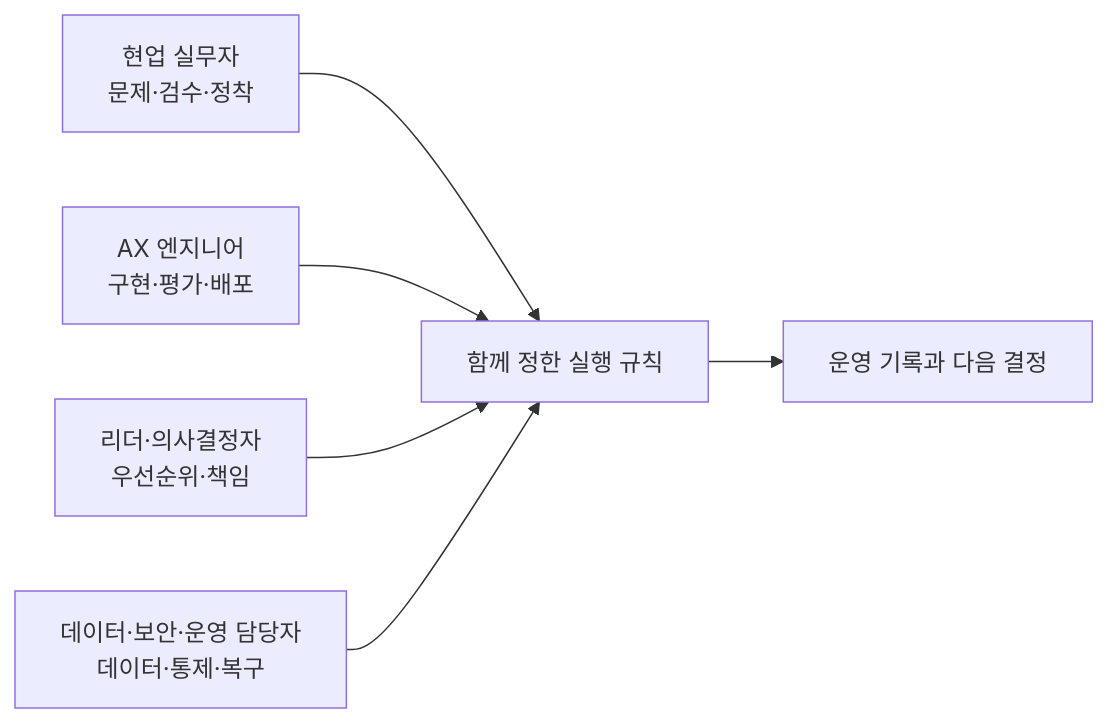
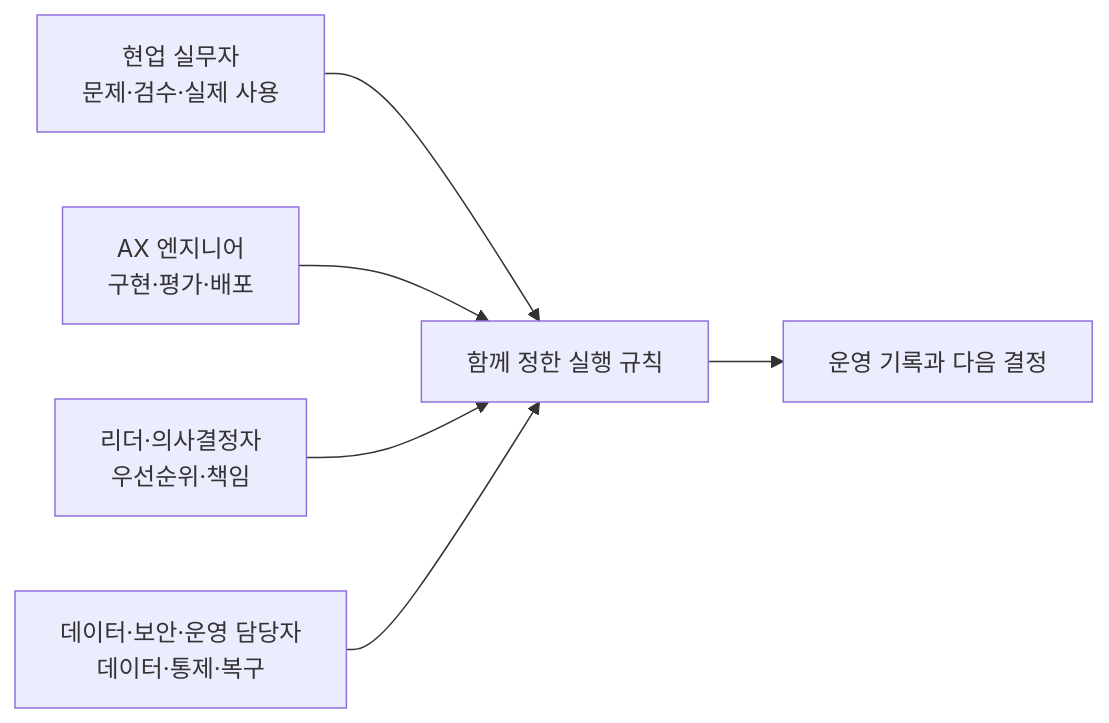
The diagram in tracks/README.md (woogi-kang/ax-engineer-roadmap), drawn with Mermaid before and after one commit. The commit also changed other lines of this file and 217 other files, not shown here.

First line of the commit message:
docs: refresh AX roadmap and retire legacy site (#29)

````diff
--- a/tracks/README.md
+++ b/tracks/README.md
@@ -31,8 +37,8 @@
 ```mermaid
 flowchart LR
-    B["현업 실무자<br/>문제·검수·정착"] --> X["함께 정한 실행 규칙"]
+    B["현업 실무자<br/>문제·검수·실제 사용"] --> X["함께 정한 실행 규칙"]
     A["AX 엔지니어<br/>구현·평가·배포"] --> X
     L["리더·의사결정자<br/>우선순위·책임"] --> X
     D["데이터·보안·운영 담당자<br/>데이터·통제·복구"] --> X
     X --> E["운영 기록과 다음 결정"]
 ```
````
